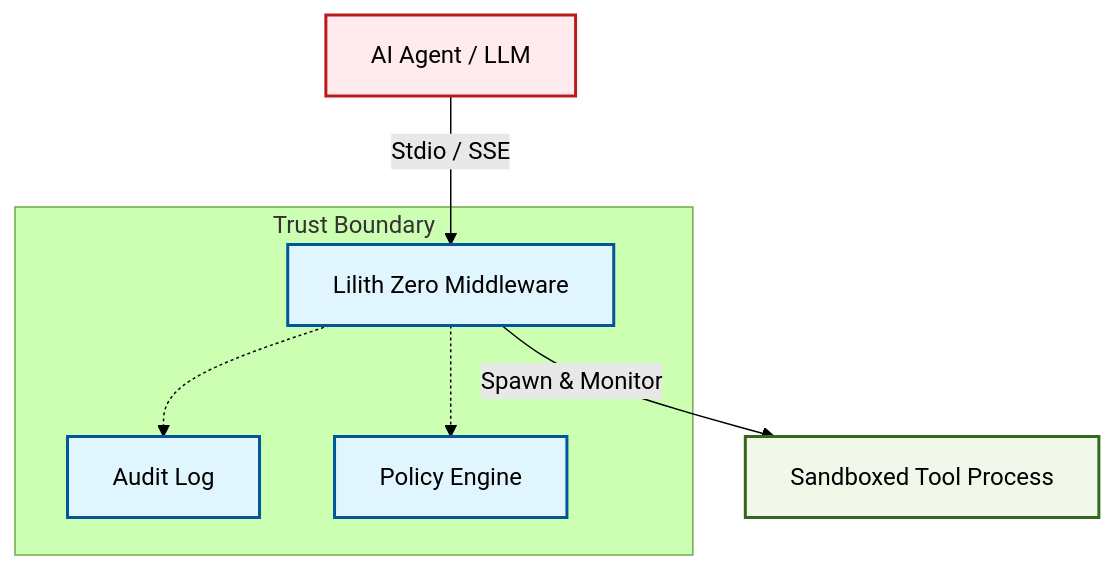
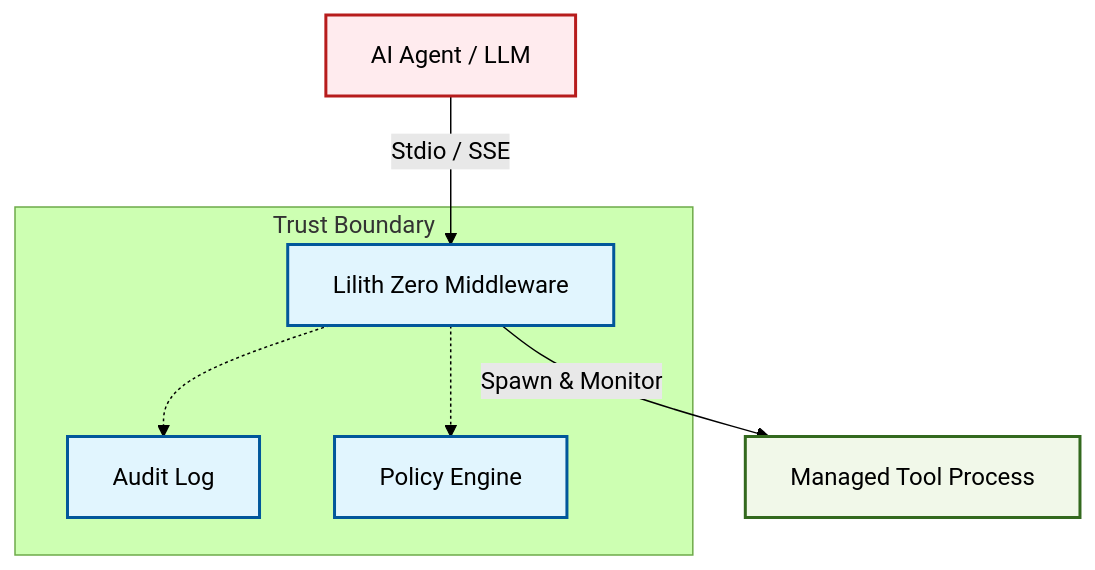
The diagram in docs/concepts/architecture.md (BadC-mpany/lilith-zero), drawn with Mermaid (forest theme) before and after one commit. The commit also changed other lines of this file and 5 other files, not shown here.

````diff
--- a/docs/concepts/architecture.md
+++ b/docs/concepts/architecture.md
@@ -13,23 +13,23 @@
 ```mermaid
 graph TD
     classDef trusted fill:#e1f5fe,stroke:#01579b,stroke-width:2px;
     classDef untrusted fill:#ffebee,stroke:#b71c1c,stroke-width:2px;
-    classDef sandboxed fill:#f1f8e9,stroke:#33691e,stroke-width:2px;
+    classDef managed fill:#f1f8e9,stroke:#33691e,stroke-width:2px;
 
     Agent[AI Agent / LLM]:::untrusted
     Middleware[Lilith Zero Middleware]:::trusted
-    tool_proc[Sandboxed Tool Process]:::sandboxed
+    tool_proc[Managed Tool Process]:::managed
     audit_log[Audit Log]:::trusted
     policy[Policy Engine]:::trusted
 
     Agent -- "Stdio / SSE" --> Middleware
     Middleware -- "Spawn & Monitor" --> tool_proc
     Middleware -.-> audit_log
     Middleware -.-> policy
 
     subgraph "Trust Boundary"
         Middleware
         audit_log
         policy
     end
 ```
````
